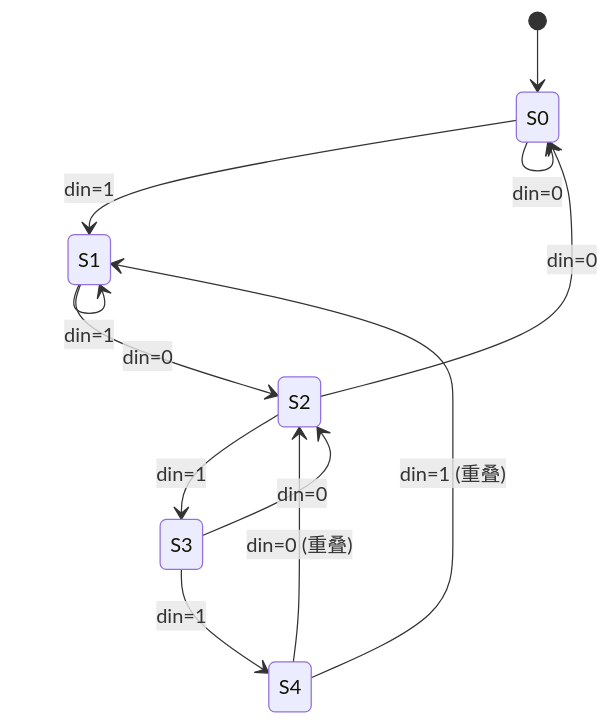
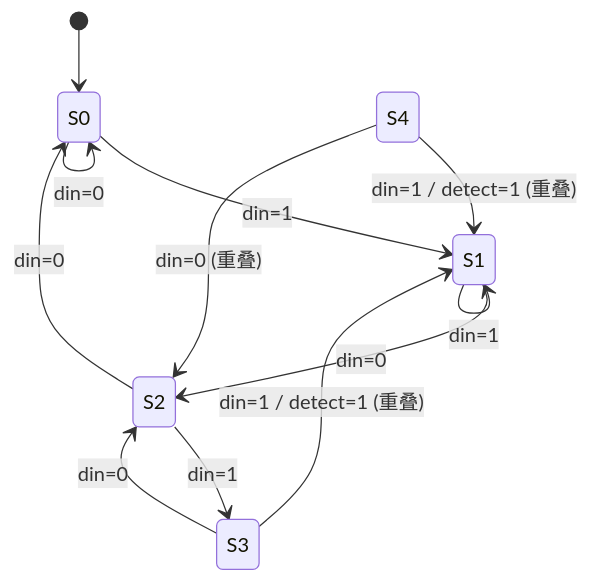
The first of 2 diagrams in rtl-design/concepts/有限状态机.md (AuroraYaus/ic), drawn with Mermaid before and after one commit. The commit also changed other lines of this file and 34 other files, not shown here.

````diff
--- a/rtl-design/concepts/有限状态机.md
+++ b/rtl-design/concepts/有限状态机.md
@@ -362,14 +362,14 @@
 ```mermaid
 stateDiagram-v2
     [*] --> S0
     S0 --> S1 : din=1
     S0 --> S0 : din=0
     S1 --> S1 : din=1
     S1 --> S2 : din=0
     S2 --> S3 : din=1
     S2 --> S0 : din=0
-    S3 --> S4 : din=1
+    S3 --> S1 : din=1 / detect=1 (重叠)
     S3 --> S2 : din=0
-    S4 --> S1 : din=1 (重叠)
+    S4 --> S1 : din=1 / detect=1 (重叠)
     S4 --> S2 : din=0 (重叠)
 ```
````
